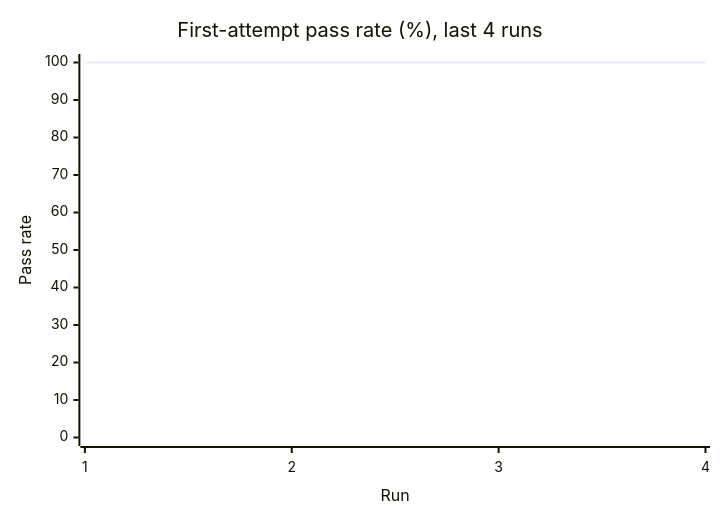
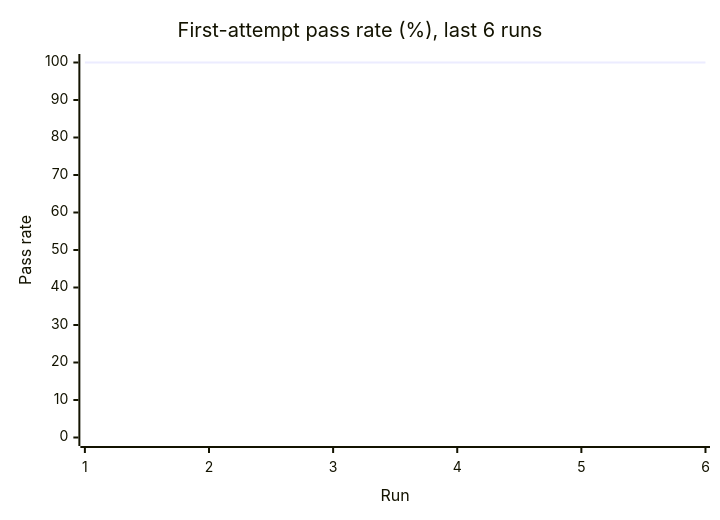
The first of 3 diagrams in reports/summary.md (Shirojoufu/Service-Template), drawn with Mermaid before and after one commit. The commit also changed other lines of this file and 5 other files, not shown here.

````diff
--- a/reports/summary.md
+++ b/reports/summary.md
@@ -17,7 +17,7 @@
 ```mermaid
 xychart-beta
-    title "First-attempt pass rate (%), last 4 runs"
-    x-axis "Run" [1, 2, 3, 4]
+    title "First-attempt pass rate (%), last 6 runs"
+    x-axis "Run" [1, 2, 3, 4, 5, 6]
     y-axis "Pass rate" 0 --> 100
-    line [100.0, 100.0, 100.0, 100.0]
+    line [100.0, 100.0, 100.0, 100.0, 100.0, 100.0]
 ```
````
